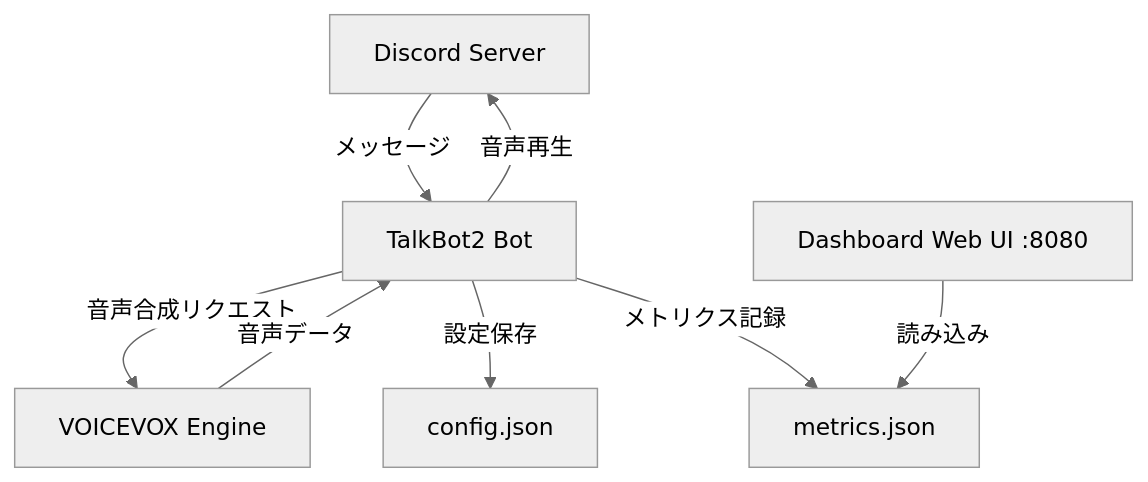
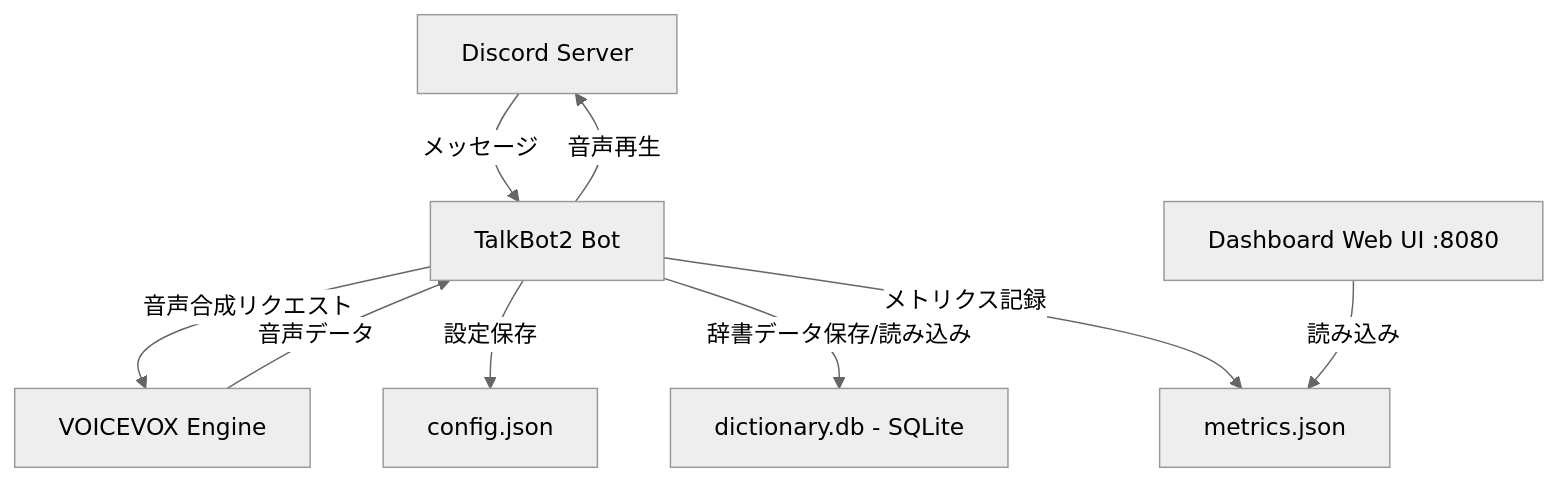
Before and after one commit to syuutaMC/TalkBot2: the diagram in README.md, drawn with Mermaid (neutral theme). The commit also changed other lines of this file, not shown here.

First line of the commit message:
docs: update README to reflect SQLite dictionary migration

````diff
--- a/README.md
+++ b/README.md
@@ -61,17 +62,19 @@
 ```mermaid
 graph TB
     Discord[Discord Server]
     Bot[TalkBot2 Bot]
     VOICEVOX[VOICEVOX Engine]
     Config[config.json]
+    DictDB[dictionary.db - SQLite]
     Metrics[metrics.json]
     Dashboard[Dashboard Web UI :8080]
     
     Discord -->|メッセージ| Bot
     Bot -->|音声合成リクエスト| VOICEVOX
     VOICEVOX -->|音声データ| Bot
     Bot -->|音声再生| Discord
     Bot -->|設定保存| Config
+    Bot -->|辞書データ保存/読み込み| DictDB
     Bot -->|メトリクス記録| Metrics
     Dashboard -->|読み込み| Metrics
 ```
````
